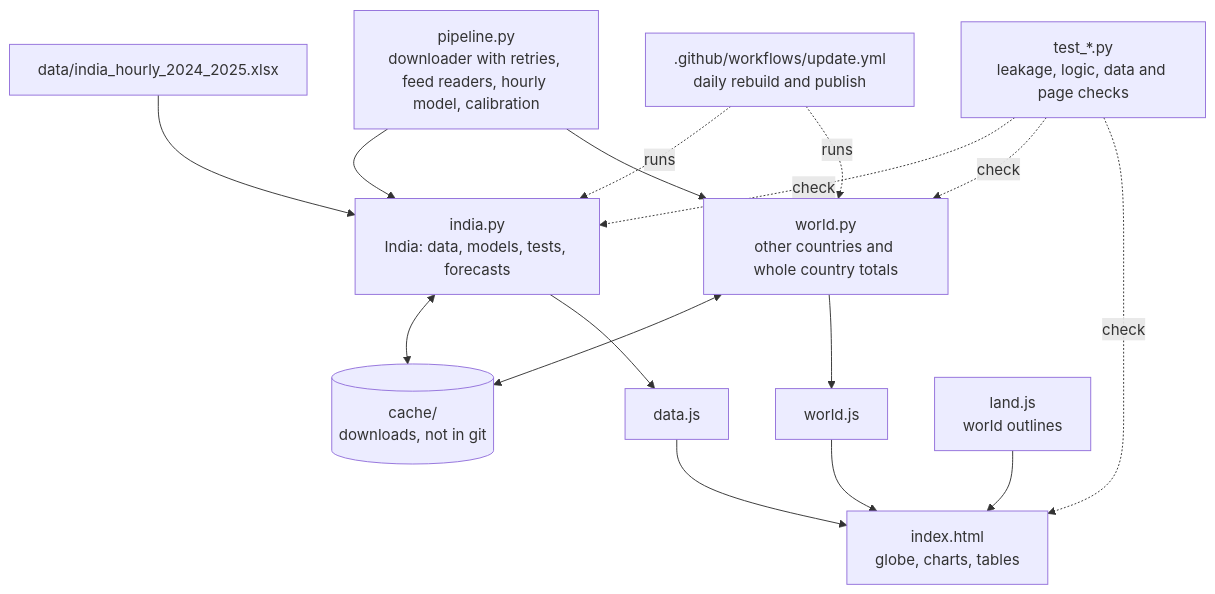
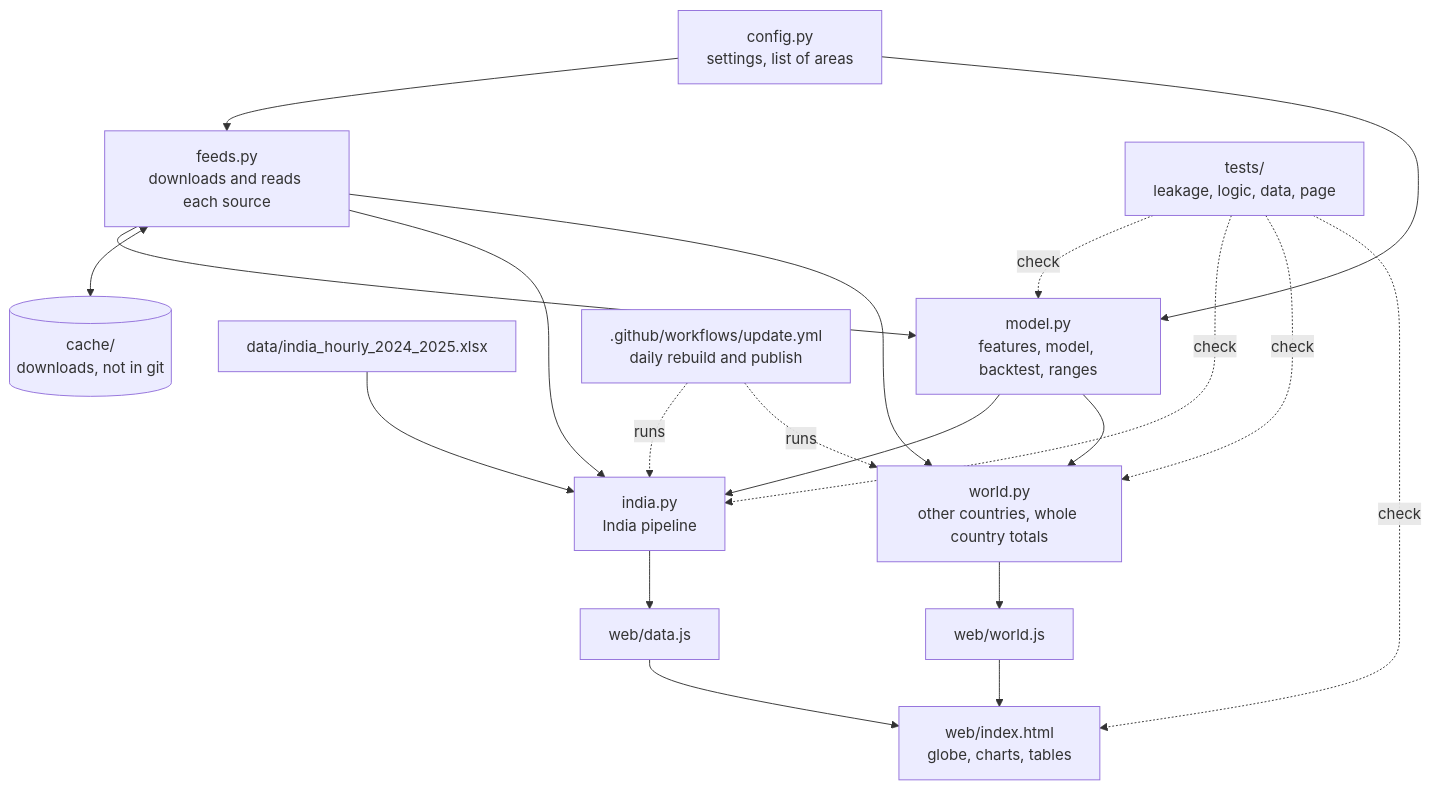
Before and after one commit to Soham286/Electricity-Demand-Forecast-Globe: the second of 2 diagrams in README.md, drawn with Mermaid. The commit also changed other lines of this file and 23 other files, not shown here.

Commit message:
Restructure into src, web and tests; build in parallel

````diff
--- a/README.md
+++ b/README.md
@@ -240,30 +268,35 @@
 ```mermaid
 flowchart TD
-    india["india.py<br/>India: data, models, tests, forecasts"]
-    world["world.py<br/>other countries and whole country totals"]
-    pipeline["pipeline.py<br/>downloader with retries, feed readers, hourly model, calibration"]
-    tests["test_*.py<br/>leakage, logic, data and page checks"]
+    config["config.py<br/>settings, list of areas"]
+    feeds["feeds.py<br/>downloads and reads each source"]
+    model["model.py<br/>features, model, backtest, ranges"]
+    india["india.py<br/>India pipeline"]
+    world["world.py<br/>other countries, whole country totals"]
     xlsx["data/india_hourly_2024_2025.xlsx"]
     cache[("cache/<br/>downloads, not in git")]
-    datajs["data.js"]
-    worldjs["world.js"]
-    land["land.js<br/>world outlines"]
-    page["index.html<br/>globe, charts, tables"]
+    datajs["web/data.js"]
+    worldjs["web/world.js"]
+    page["web/index.html<br/>globe, charts, tables"]
+    tests["tests/<br/>leakage, logic, data, page"]
     ci[".github/workflows/update.yml<br/>daily rebuild and publish"]
 
-    pipeline --> india
-    pipeline --> world
+    config --> feeds
+    config --> model
+    feeds --> model
+    feeds <--> cache
+    feeds --> india
+    model --> india
+    feeds --> world
+    model --> world
     xlsx --> india
-    india <--> cache
-    world <--> cache
     india --> datajs
     world --> worldjs
     datajs --> page
     worldjs --> page
-    land --> page
+    tests -. check .-> model
     tests -. check .-> india
     tests -. check .-> world
     tests -. check .-> page
     ci -. runs .-> india
     ci -. runs .-> world
 ```
````
